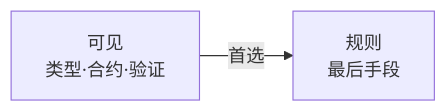
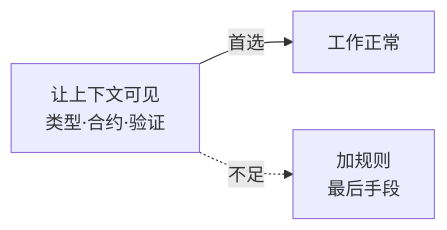
The fourth of 4 diagrams in CLAUDE.md (effiy/YrY), drawn with Mermaid before and after one commit. The commit also changed other lines of this file, not shown here.

````diff
--- a/CLAUDE.md
+++ b/CLAUDE.md
@@ -65,4 +82,5 @@
 ```mermaid
 flowchart LR
-    A[可见<br/>类型·合约·验证] -->|首选| B[规则<br/>最后手段]
+    A[让上下文可见<br/>类型·合约·验证] -->|首选| OK[工作正常]
+    A -.不足.-> B[加规则<br/>最后手段]
 ```
````
